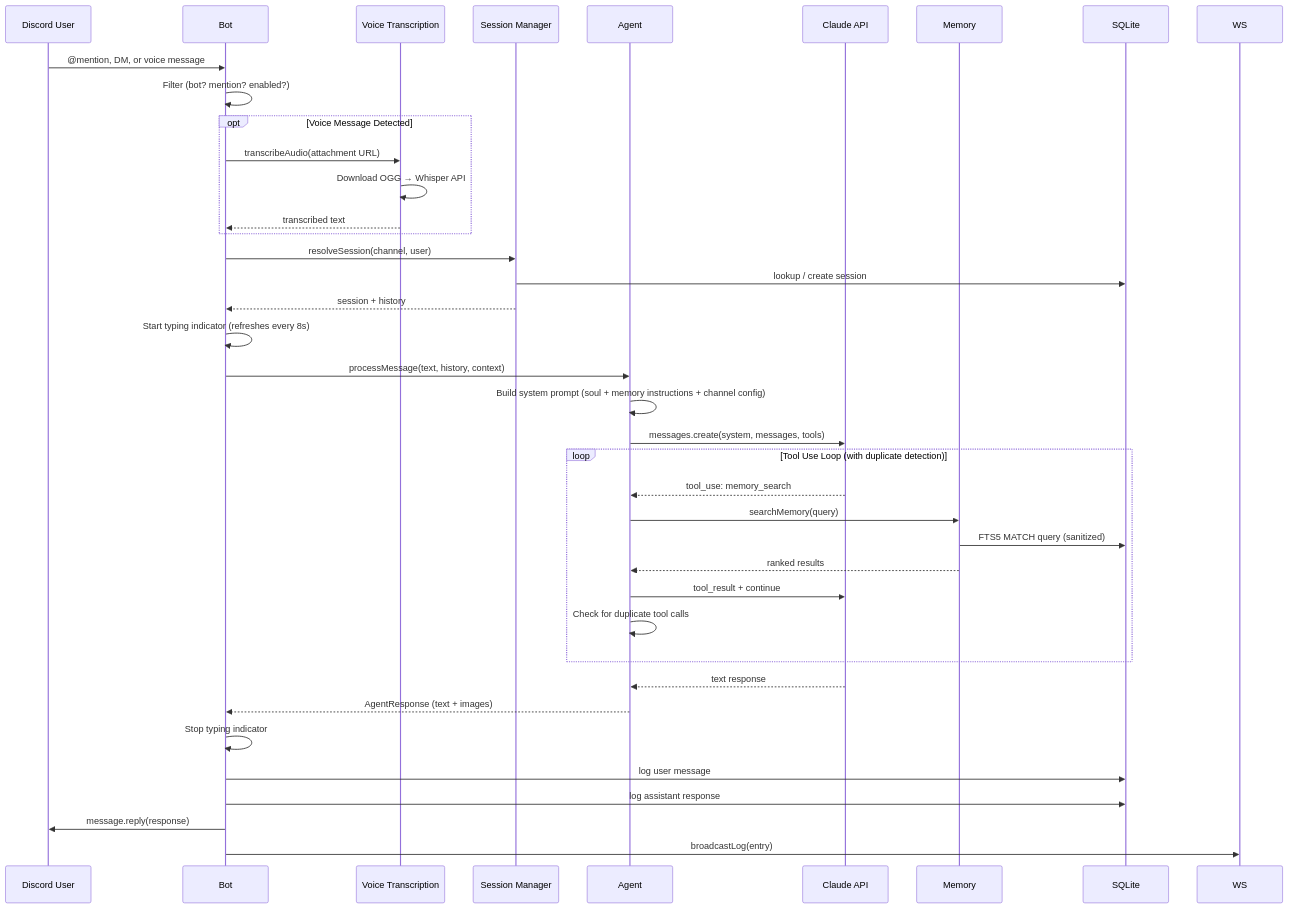
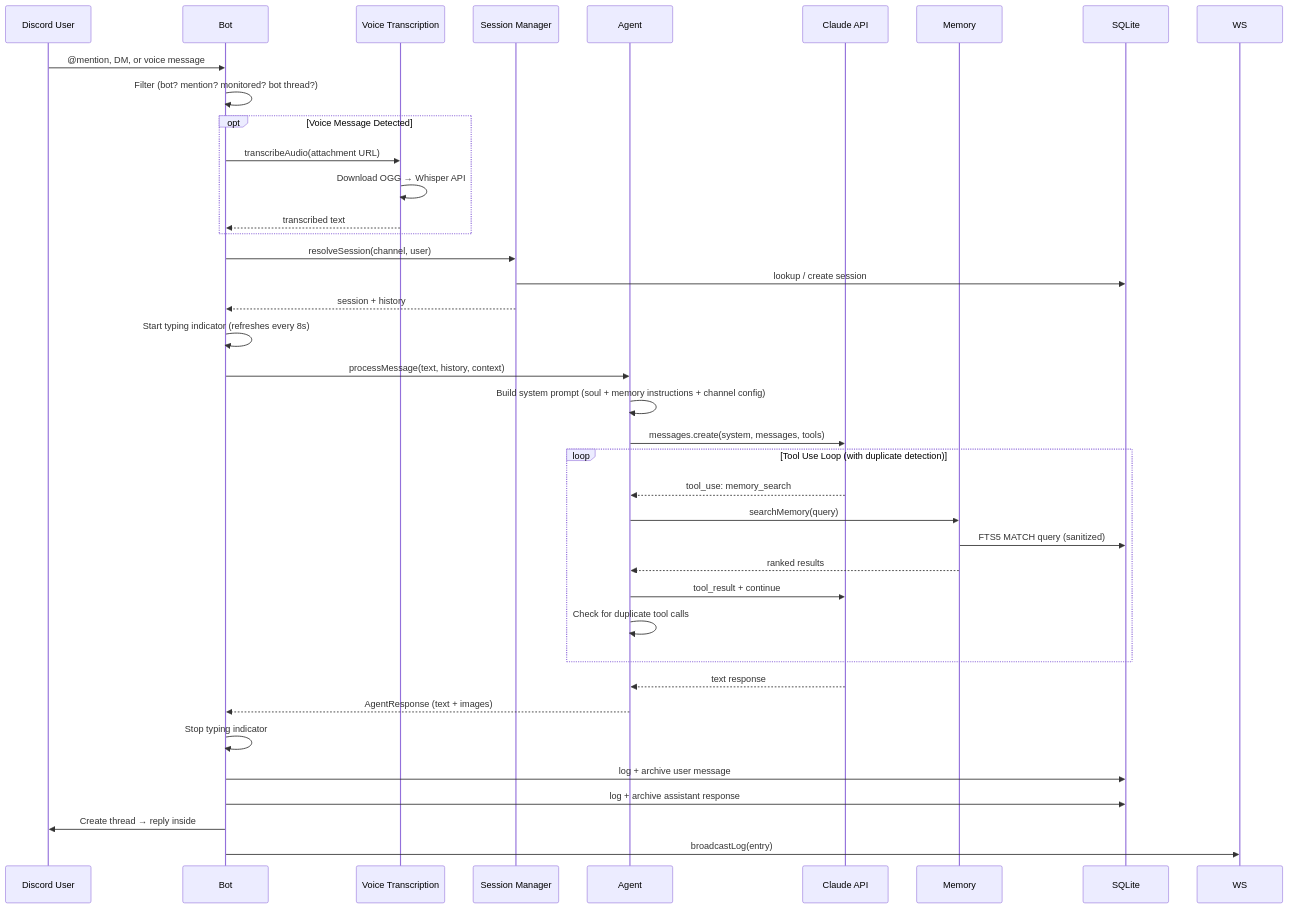
The second of 5 diagrams in README.md (NaichuanZhang/discord-claw), drawn with Mermaid before and after one commit. The commit also changed other lines of this file and 1 other file, not shown here.

````diff
--- a/README.md
+++ b/README.md
@@ -291,47 +313,47 @@
 ```mermaid
 sequenceDiagram
     participant U as Discord User
     participant B as Bot
     participant V as Voice Transcription
     participant S as Session Manager
     participant A as Agent
     participant C as Claude API
     participant M as Memory
     participant DB as SQLite
 
     U->>B: @mention, DM, or voice message
-    B->>B: Filter (bot? mention? enabled?)
+    B->>B: Filter (bot? mention? monitored? bot thread?)
 
     opt Voice Message Detected
         B->>V: transcribeAudio(attachment URL)
         V->>V: Download OGG → Whisper API
         V-->>B: transcribed text
     end
 
     B->>S: resolveSession(channel, user)
     S->>DB: lookup / create session
     S-->>B: session + history
 
     B->>B: Start typing indicator (refreshes every 8s)
     B->>A: processMessage(text, history, context)
     A->>A: Build system prompt (soul + memory instructions + channel config)
     A->>C: messages.create(system, messages, tools)
 
     loop Tool Use Loop (with duplicate detection)
         C-->>A: tool_use: memory_search
         A->>M: searchMemory(query)
         M->>DB: FTS5 MATCH query (sanitized)
         M-->>A: ranked results
         A->>C: tool_result + continue
         A->>A: Check for duplicate tool calls
     end
 
     C-->>A: text response
     A-->>B: AgentResponse (text + images)
 
     B->>B: Stop typing indicator
-    B->>DB: log user message
-    B->>DB: log assistant response
-    B->>U: message.reply(response)
+    B->>DB: log + archive user message
+    B->>DB: log + archive assistant response
+    B->>U: Create thread → reply inside
     B->>WS: broadcastLog(entry)
 ```
````
